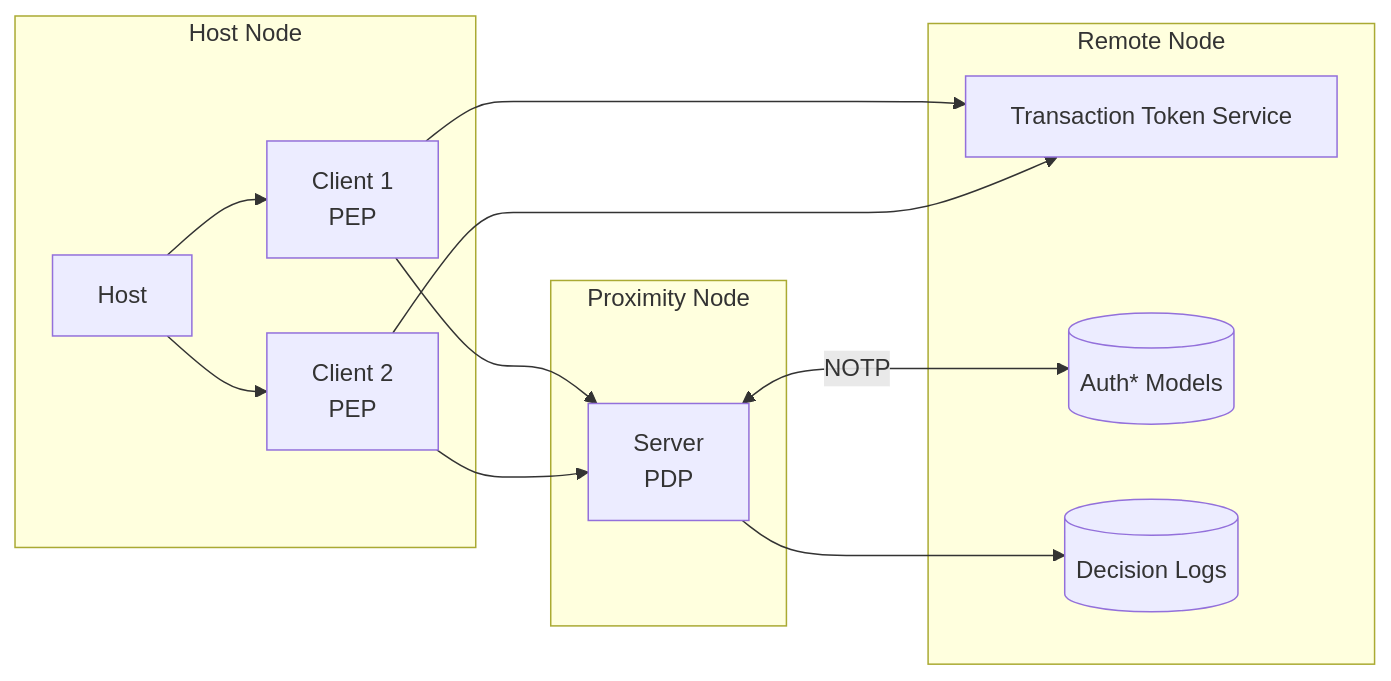
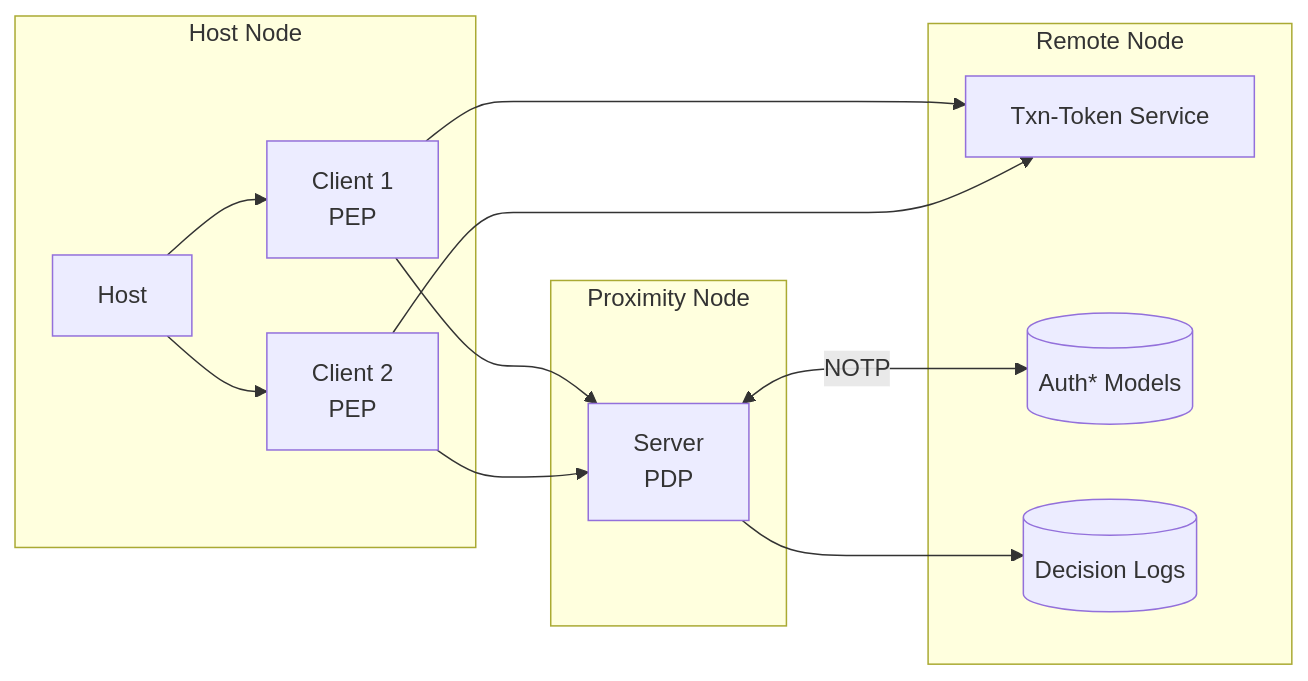
Before and after one commit to ztauthstar/ztauthstar: the first of 2 diagrams in content/openprotocolspec/2025-04-05/architecture/_index.md, drawn with Mermaid. The commit also changed other lines of this file, not shown here.

````diff
--- a/content/openprotocolspec/2025-04-05/architecture/_index.md
+++ b/content/openprotocolspec/2025-04-05/architecture/_index.md
@@ -31,27 +31,27 @@
 ```mermaid
 graph LR
     subgraph "Host Node"
         H[Host]
         C1[Client 1 <br> PEP]
         C2[Client 2 <br> PEP]
         H --> C1
         H --> C2
     end
 
     subgraph "Proximity Node"
         S1[Server <br> PDP]
         C1 --> S1
         C2 --> S1
     end
 
     subgraph "Remote Node"
-        TTS["Transaction Token Service"]
+        TTS["Txn-Token Service"]
         MR[("Auth* Models")]
         DL[(Decision Logs)]
 
         C1 --> TTS
         C2 --> TTS
         S1 <-- "NOTP" --> MR
         S1 --> DL
     end
 ```
````
